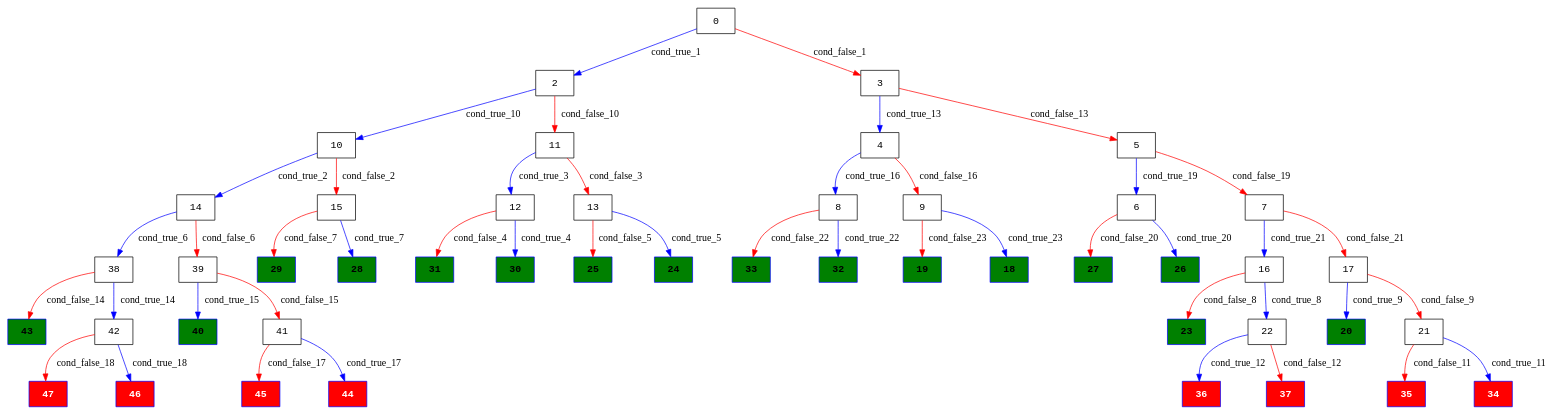
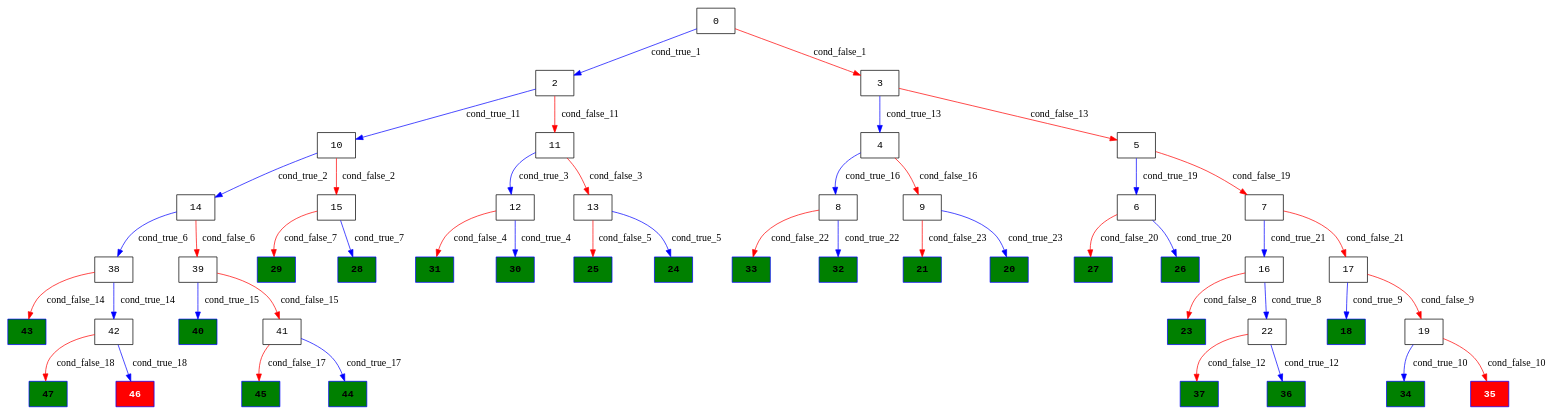
The diagram in klee_results/quicksort_assumes_processed/quicksort_assumes_execution_tree.dot (Research-Tools-PAVT/PSE-Program-Examples), drawn with Graphviz before and after one commit. The commit also changed 23 other files, not shown here.

```diff
--- a/klee_results/quicksort_assumes_processed/quicksort_assumes_execution_tree.dot
+++ b/klee_results/quicksort_assumes_processed/quicksort_assumes_execution_tree.dot
@@ -1,73 +1,73 @@
 digraph ExecutionTree {
 	node [color=black fontname=Courier height=.5 shape=record]
+	47 [color=blue, fillcolor=green, style=filled, fontcolor=black, fontname="Courier-Bold"]
+	45 [color=blue, fillcolor=green, style=filled, fontcolor=black, fontname="Courier-Bold"]
+	44 [color=blue, fillcolor=green, style=filled, fontcolor=black, fontname="Courier-Bold"]
 	43 [color=blue, fillcolor=green, style=filled, fontcolor=black, fontname="Courier-Bold"]
 	40 [color=blue, fillcolor=green, style=filled, fontcolor=black, fontname="Courier-Bold"]
+	37 [color=blue, fillcolor=green, style=filled, fontcolor=black, fontname="Courier-Bold"]
+	36 [color=blue, fillcolor=green, style=filled, fontcolor=black, fontname="Courier-Bold"]
+	34 [color=blue, fillcolor=green, style=filled, fontcolor=black, fontname="Courier-Bold"]
 	33 [color=blue, fillcolor=green, style=filled, fontcolor=black, fontname="Courier-Bold"]
 	32 [color=blue, fillcolor=green, style=filled, fontcolor=black, fontname="Courier-Bold"]
 	31 [color=blue, fillcolor=green, style=filled, fontcolor=black, fontname="Courier-Bold"]
 	30 [color=blue, fillcolor=green, style=filled, fontcolor=black, fontname="Courier-Bold"]
 	29 [color=blue, fillcolor=green, style=filled, fontcolor=black, fontname="Courier-Bold"]
 	28 [color=blue, fillcolor=green, style=filled, fontcolor=black, fontname="Courier-Bold"]
 	27 [color=blue, fillcolor=green, style=filled, fontcolor=black, fontname="Courier-Bold"]
 	26 [color=blue, fillcolor=green, style=filled, fontcolor=black, fontname="Courier-Bold"]
 	25 [color=blue, fillcolor=green, style=filled, fontcolor=black, fontname="Courier-Bold"]
 	24 [color=blue, fillcolor=green, style=filled, fontcolor=black, fontname="Courier-Bold"]
 	23 [color=blue, fillcolor=green, style=filled, fontcolor=black, fontname="Courier-Bold"]
+	21 [color=blue, fillcolor=green, style=filled, fontcolor=black, fontname="Courier-Bold"]
 	20 [color=blue, fillcolor=green, style=filled, fontcolor=black, fontname="Courier-Bold"]
-	19 [color=blue, fillcolor=green, style=filled, fontcolor=black, fontname="Courier-Bold"]
 	18 [color=blue, fillcolor=green, style=filled, fontcolor=black, fontname="Courier-Bold"]
-	36 [color=blue, fillcolor=red, style=filled, fontcolor=white, fontname="Courier-Bold"]
-	47 [color=blue, fillcolor=red, style=filled, fontcolor=white, fontname="Courier-Bold"]
-	45 [color=blue, fillcolor=red, style=filled, fontcolor=white, fontname="Courier-Bold"]
-	44 [color=blue, fillcolor=red, style=filled, fontcolor=white, fontname="Courier-Bold"]
-	37 [color=blue, fillcolor=red, style=filled, fontcolor=white, fontname="Courier-Bold"]
 	35 [color=blue, fillcolor=red, style=filled, fontcolor=white, fontname="Courier-Bold"]
-	34 [color=blue, fillcolor=red, style=filled, fontcolor=white, fontname="Courier-Bold"]
 	46 [color=blue, fillcolor=red, style=filled, fontcolor=white, fontname="Courier-Bold"]
 	0 -> 2 [label=cond_true_1 color=blue]
 	0 -> 3 [label=cond_false_1 color=red]
-	2 -> 10 [label=cond_true_10 color=blue]
-	2 -> 11 [label=cond_false_10 color=red]
+	2 -> 10 [label=cond_true_11 color=blue]
+	2 -> 11 [label=cond_false_11 color=red]
 	3 -> 4 [label=cond_true_13 color=blue]
 	3 -> 5 [label=cond_false_13 color=red]
 	10 -> 14 [label=cond_true_2 color=blue]
 	10 -> 15 [label=cond_false_2 color=red]
 	14 -> 38 [label=cond_true_6 color=blue]
 	14 -> 39 [label=cond_false_6 color=red]
 	15 -> 28 [label=cond_true_7 color=blue]
 	15 -> 29 [label=cond_false_7 color=red]
 	11 -> 12 [label=cond_true_3 color=blue]
 	11 -> 13 [label=cond_false_3 color=red]
 	12 -> 30 [label=cond_true_4 color=blue]
 	12 -> 31 [label=cond_false_4 color=red]
 	13 -> 24 [label=cond_true_5 color=blue]
 	13 -> 25 [label=cond_false_5 color=red]
 	38 -> 42 [label=cond_true_14 color=blue]
 	38 -> 43 [label=cond_false_14 color=red]
 	39 -> 40 [label=cond_true_15 color=blue]
 	39 -> 41 [label=cond_false_15 color=red]
 	16 -> 22 [label=cond_true_8 color=blue]
 	16 -> 23 [label=cond_false_8 color=red]
 	22 -> 36 [label=cond_true_12 color=blue]
 	22 -> 37 [label=cond_false_12 color=red]
-	17 -> 20 [label=cond_true_9 color=blue]
-	17 -> 21 [label=cond_false_9 color=red]
-	21 -> 34 [label=cond_true_11 color=blue]
-	21 -> 35 [label=cond_false_11 color=red]
+	17 -> 18 [label=cond_true_9 color=blue]
+	17 -> 19 [label=cond_false_9 color=red]
+	19 -> 34 [label=cond_true_10 color=blue]
+	19 -> 35 [label=cond_false_10 color=red]
 	4 -> 8 [label=cond_true_16 color=blue]
 	4 -> 9 [label=cond_false_16 color=red]
 	5 -> 6 [label=cond_true_19 color=blue]
 	5 -> 7 [label=cond_false_19 color=red]
 	42 -> 46 [label=cond_true_18 color=blue]
 	42 -> 47 [label=cond_false_18 color=red]
 	41 -> 44 [label=cond_true_17 color=blue]
 	41 -> 45 [label=cond_false_17 color=red]
 	8 -> 32 [label=cond_true_22 color=blue]
 	8 -> 33 [label=cond_false_22 color=red]
-	9 -> 18 [label=cond_true_23 color=blue]
-	9 -> 19 [label=cond_false_23 color=red]
+	9 -> 20 [label=cond_true_23 color=blue]
+	9 -> 21 [label=cond_false_23 color=red]
 	6 -> 26 [label=cond_true_20 color=blue]
 	6 -> 27 [label=cond_false_20 color=red]
 	7 -> 16 [label=cond_true_21 color=blue]
 	7 -> 17 [label=cond_false_21 color=red]
 }
```
